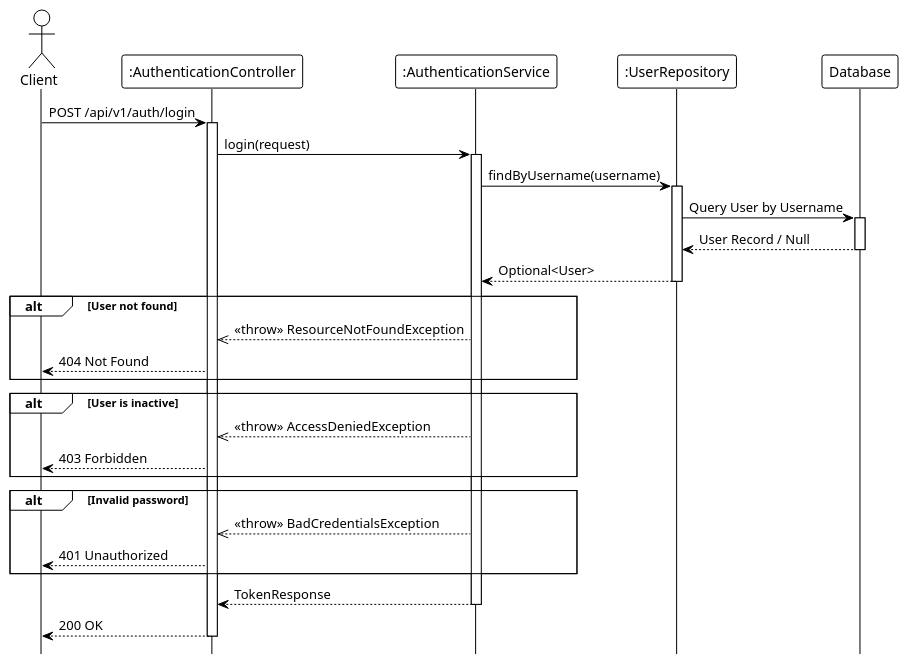
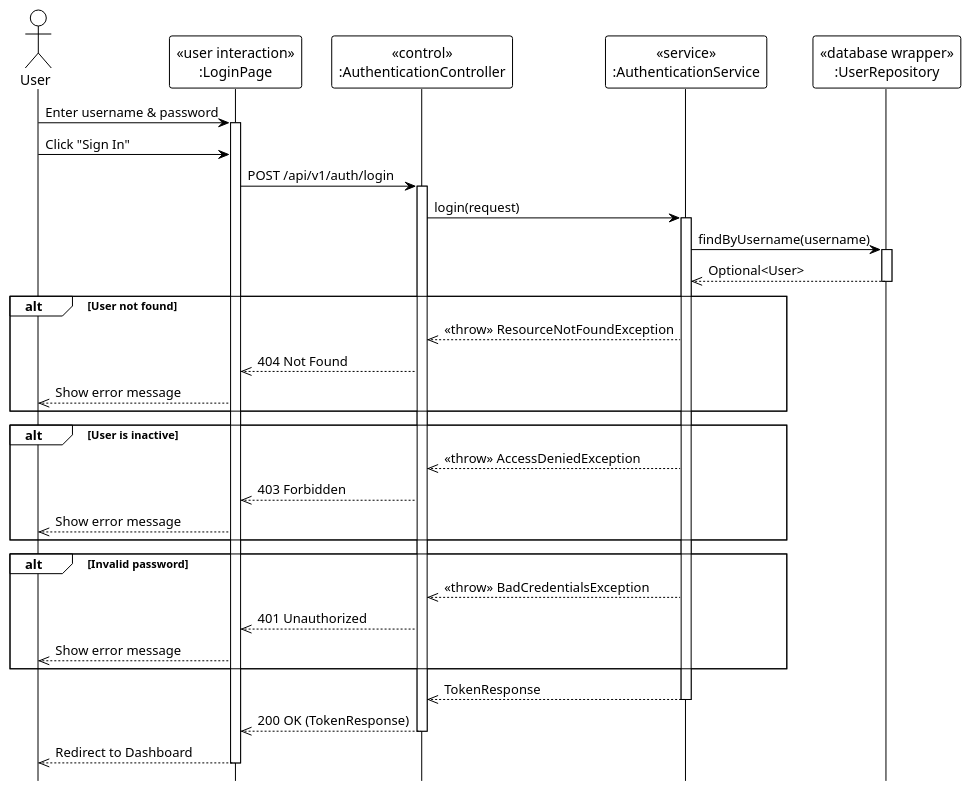
The diagram in system_detailed_design/01_sign_in_with_username_and_password/sequence_diagram_sign_in_with_username_and_password.puml (Ndh474/context), drawn with PlantUML before and after one commit. The commit also changed 4 other files, not shown here.

Commit message:
docs(system_detailed_design): add UML stereotypes to authentication sequence diagrams

```diff
--- a/system_detailed_design/01_sign_in_with_username_and_password/sequence_diagram_sign_in_with_username_and_password.puml
+++ b/system_detailed_design/01_sign_in_with_username_and_password/sequence_diagram_sign_in_with_username_and_password.puml
@@ -1,57 +1,59 @@
 @startuml sign_in_with_username_and_password
 !theme plain
 hide footbox
 
-actor Client
-participant ":AuthenticationController" as Controller
-participant ":AuthenticationService" as Service
-participant ":UserRepository" as Repository
-participant "Database" as DB
+actor User
 
-' --- MAIN FLOW ---
-Client -> Controller: POST /api/v1/auth/login
+participant "«user interaction»\n:LoginPage" as UI
+participant "«control»\n:AuthenticationController" as Controller
+participant "«service»\n:AuthenticationService" as Service
+participant "«database wrapper»\n:UserRepository" as Repository
+
+' === MAIN FLOW ===
+User -> UI: Enter username & password
+activate UI
+
+User -> UI: Click "Sign In"
+UI -> Controller: POST /api/v1/auth/login
 activate Controller
 
 Controller -> Service: login(request)
 activate Service
 
+' === USER LOOKUP ===
 Service -> Repository: findByUsername(username)
 activate Repository
-
-Repository -> DB: Query User by Username
-activate DB
-DB --> Repository: User Record / Null
-deactivate DB
-
-Repository --> Service: Optional<User>
+Repository -->> Service: Optional<User>
 deactivate Repository
 
-' --- VALIDATION LOGIC ---
 alt User not found
     Service -->> Controller: <<throw>> ResourceNotFoundException
-    Controller --> Client: 404 Not Found
+    Controller -->> UI: 404 Not Found
+    UI -->> User: Show error message
 end
 
 alt User is inactive
     Service -->> Controller: <<throw>> AccessDeniedException
-    Controller --> Client: 403 Forbidden
+    Controller -->> UI: 403 Forbidden
+    UI -->> User: Show error message
 end
 
-' --- PASSWORD VALIDATION ---
-' Password verification (internal)
-
+' === PASSWORD VALIDATION ===
 alt Invalid password
     Service -->> Controller: <<throw>> BadCredentialsException
-    Controller --> Client: 401 Unauthorized
+    Controller -->> UI: 401 Unauthorized
+    UI -->> User: Show error message
 end
 
-' --- TOKEN GENERATION ---
-' Token generation (internal)
+' === TOKEN GENERATION (internal) ===
 
-Service --> Controller: TokenResponse
+Service -->> Controller: TokenResponse
 deactivate Service
 
-Controller --> Client: 200 OK
+Controller -->> UI: 200 OK (TokenResponse)
 deactivate Controller
 
+UI -->> User: Redirect to Dashboard
+deactivate UI
+
 @enduml
```
